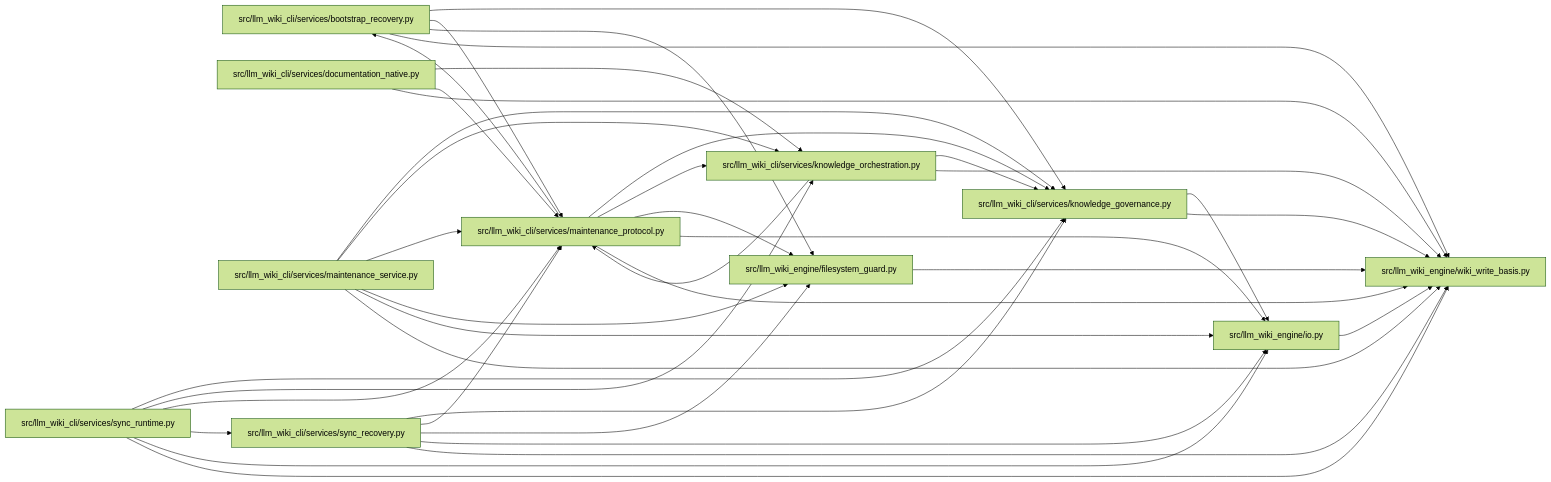
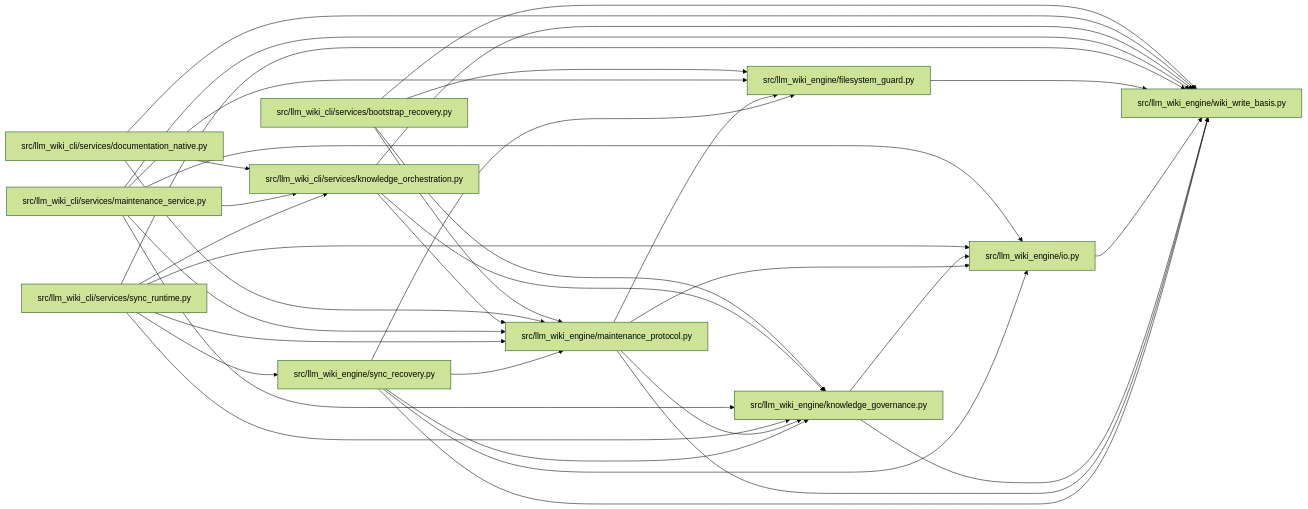
The diagram in docs/llm_wiki/modules/wiki_write_basis.md (Denissvgn/python-wiki-llm), drawn with Mermaid (forest theme) before and after one commit. The commit also changed 1058 other files, not shown here.

First line of the commit message:
docs: refresh the wiki for the knowledge store move

````diff
--- a/docs/llm_wiki/modules/wiki_write_basis.md
+++ b/docs/llm_wiki/modules/wiki_write_basis.md
@@ -25,62 +25,60 @@
 ```mermaid
 flowchart LR
     n0["src/llm_wiki_cli/services/bootstrap_recovery.py"]
     n1["src/llm_wiki_cli/services/documentation_native.py"]
-    n2["src/llm_wiki_cli/services/knowledge_governance.py"]
-    n3["src/llm_wiki_cli/services/knowledge_orchestration.py"]
-    n4["src/llm_wiki_cli/services/maintenance_protocol.py"]
-    n5["src/llm_wiki_cli/services/maintenance_service.py"]
-    n6["src/llm_wiki_cli/services/sync_recovery.py"]
-    n7["src/llm_wiki_cli/services/sync_runtime.py"]
-    n8["src/llm_wiki_engine/filesystem_guard.py"]
-    n9["src/llm_wiki_engine/io.py"]
+    n2["src/llm_wiki_cli/services/knowledge_orchestration.py"]
+    n3["src/llm_wiki_cli/services/maintenance_service.py"]
+    n4["src/llm_wiki_cli/services/sync_runtime.py"]
+    n5["src/llm_wiki_engine/filesystem_guard.py"]
+    n6["src/llm_wiki_engine/io.py"]
+    n7["src/llm_wiki_engine/knowledge_governance.py"]
+    n8["src/llm_wiki_engine/maintenance_protocol.py"]
+    n9["src/llm_wiki_engine/sync_recovery.py"]
     n10["src/llm_wiki_engine/wiki_write_basis.py"]
-    n0 --> n2
-    n0 --> n4
+    n0 --> n5
+    n0 --> n7
     n0 --> n8
     n0 --> n10
-    n1 --> n3
-    n1 --> n4
+    n1 --> n2
+    n1 --> n8
     n1 --> n10
-    n2 --> n9
+    n2 --> n7
+    n2 --> n8
     n2 --> n10
     n3 --> n2
-    n3 --> n4
+    n3 --> n5
+    n3 --> n6
+    n3 --> n7
+    n3 --> n8
     n3 --> n10
-    n4 --> n0
     n4 --> n2
-    n4 --> n3
+    n4 --> n6
+    n4 --> n7
     n4 --> n8
     n4 --> n9
     n4 --> n10
-    n5 --> n2
-    n5 --> n3
-    n5 --> n4
-    n5 --> n8
-    n5 --> n9
     n5 --> n10
-    n6 --> n2
-    n6 --> n4
-    n6 --> n8
-    n6 --> n9
     n6 --> n10
-    n7 --> n2
-    n7 --> n3
-    n7 --> n4
     n7 --> n6
-    n7 --> n9
     n7 --> n10
+    n8 --> n5
+    n8 --> n6
+    n8 --> n7
     n8 --> n10
+    n9 --> n5
+    n9 --> n6
+    n9 --> n7
+    n9 --> n8
     n9 --> n10
     click n0 "../modules/bootstrap_recovery.md"
     click n1 "../modules/documentation_native.md"
-    click n2 "../modules/knowledge_governance.md"
-    click n3 "../modules/knowledge_orchestration.md"
-    click n4 "../modules/maintenance_protocol.md"
-    click n5 "../modules/maintenance_service.md"
-    click n6 "../modules/sync_recovery.md"
-    click n7 "../modules/sync_runtime.md"
-    click n8 "../modules/filesystem_guard.md"
-    click n9 "../modules/io.md"
+    click n2 "../modules/knowledge_orchestration.md"
+    click n3 "../modules/maintenance_service.md"
+    click n4 "../modules/sync_runtime.md"
+    click n5 "../modules/filesystem_guard.md"
+    click n6 "../modules/io.md"
+    click n7 "../modules/knowledge_governance.md"
+    click n8 "../modules/maintenance_protocol.md"
+    click n9 "../modules/sync_recovery.md"
     click n10 "../modules/wiki_write_basis.md"
 ```
````
